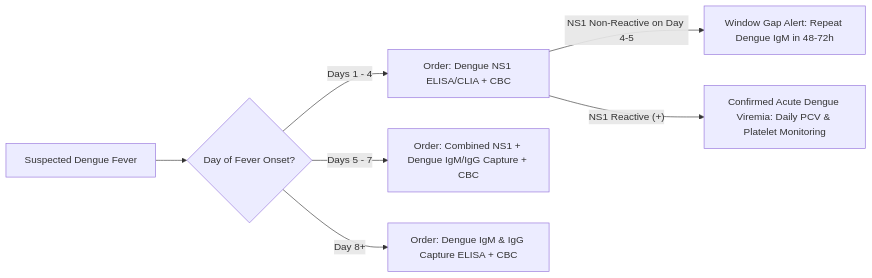
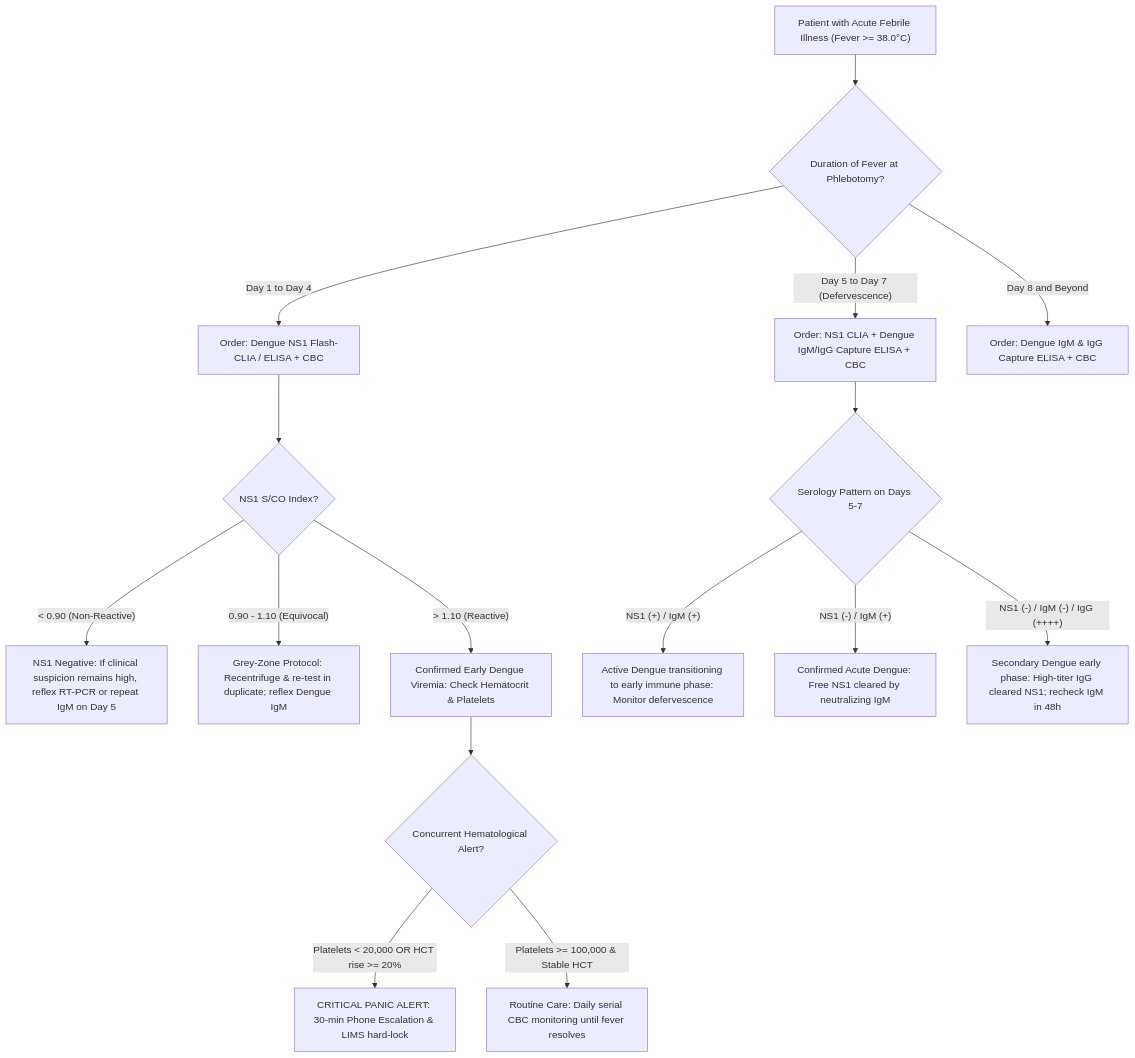
The diagram in 04_Serology_Infectious_Diseases_and_Immunology/4.1_Seasonal_Fever_Dengue_Malaria_Typhoid_Cluster/4.1.2_Dengue_NS1_Antigen_ELISA_CLIA_and_Rapid_ICT.md (sawariyadiagnostic/references-and-interpretations), drawn with Mermaid before and after one commit. The commit also changed other lines of this file and 4 other files, not shown here.

Commit message:
feat(serology): red-team international & above-NABL upgrade of Batch 33 Dengue NS1, Dengue IgM/IgG, Malaria RDT, Malaria Smear, Widal Tube Test

````diff
--- a/04_Serology_Infectious_Diseases_and_Immunology/4.1_Seasonal_Fever_Dengue_Malaria_Typhoid_Cluster/4.1.2_Dengue_NS1_Antigen_ELISA_CLIA_and_Rapid_ICT.md
+++ b/04_Serology_Infectious_Diseases_and_Immunology/4.1_Seasonal_Fever_Dengue_Malaria_Typhoid_Cluster/4.1.2_Dengue_NS1_Antigen_ELISA_CLIA_and_Rapid_ICT.md
@@ -94,9 +313,22 @@
 ```mermaid
-flowchart LR
-    A["Suspected Dengue Fever"] --> B{"Day of Fever Onset?"}
-    B -->|"Days 1 - 4"| C["Order: Dengue NS1 ELISA/CLIA + CBC"]
-    B -->|"Days 5 - 7"| D["Order: Combined NS1 + Dengue IgM/IgG Capture + CBC"]
-    B -->|"Day 8+"| E["Order: Dengue IgM & IgG Capture ELISA + CBC"]
-    C -->|"NS1 Non-Reactive on Day 4-5"| F["Window Gap Alert: Repeat Dengue IgM in 48-72h"]
-    C -->|"NS1 Reactive (+)"| G["Confirmed Acute Dengue Viremia: Daily PCV & Platelet Monitoring"]
+flowchart TD
+    A["Patient with Acute Febrile Illness (Fever >= 38.0°C)"] --> B{"Duration of Fever at Phlebotomy?"}
+    
+    B -->|"Day 1 to Day 4"| C["Order: Dengue NS1 Flash-CLIA / ELISA + CBC"]
+    B -->|"Day 5 to Day 7 (Defervescence)"| D["Order: NS1 CLIA + Dengue IgM/IgG Capture ELISA + CBC"]
+    B -->|"Day 8 and Beyond"| E["Order: Dengue IgM & IgG Capture ELISA + CBC"]
+    
+    C --> F{"NS1 S/CO Index?"}
+    F -->|"< 0.90 (Non-Reactive)"| G["NS1 Negative: If clinical suspicion remains high, reflex RT-PCR or repeat IgM on Day 5"]
+    F -->|"0.90 - 1.10 (Equivocal)"| H["Grey-Zone Protocol: Recentrifuge & re-test in duplicate; reflex Dengue IgM"]
+    F -->|"> 1.10 (Reactive)"| I["Confirmed Early Dengue Viremia: Check Hematocrit & Platelets"]
+    
+    D --> J{"Serology Pattern on Days 5-7"}
+    J -->|"NS1 (+) / IgM (+)"| K["Active Dengue transitioning to early immune phase: Monitor defervescence"]
+    J -->|"NS1 (-) / IgM (+)"| L["Confirmed Acute Dengue: Free NS1 cleared by neutralizing IgM"]
+    J -->|"NS1 (-) / IgM (-) / IgG (++++)"| M["Secondary Dengue early phase: High-titer IgG cleared NS1; recheck IgM in 48h"]
+    
+    I --> N{"Concurrent Hematological Alert?"}
+    N -->|"Platelets < 20,000 OR HCT rise >= 20%"| O["CRITICAL PANIC ALERT: 30-min Phone Escalation & LIMS hard-lock"]
+    N -->|"Platelets >= 100,000 & Stable HCT"| P["Routine Care: Daily serial CBC monitoring until fever resolves"]
 ```
````
